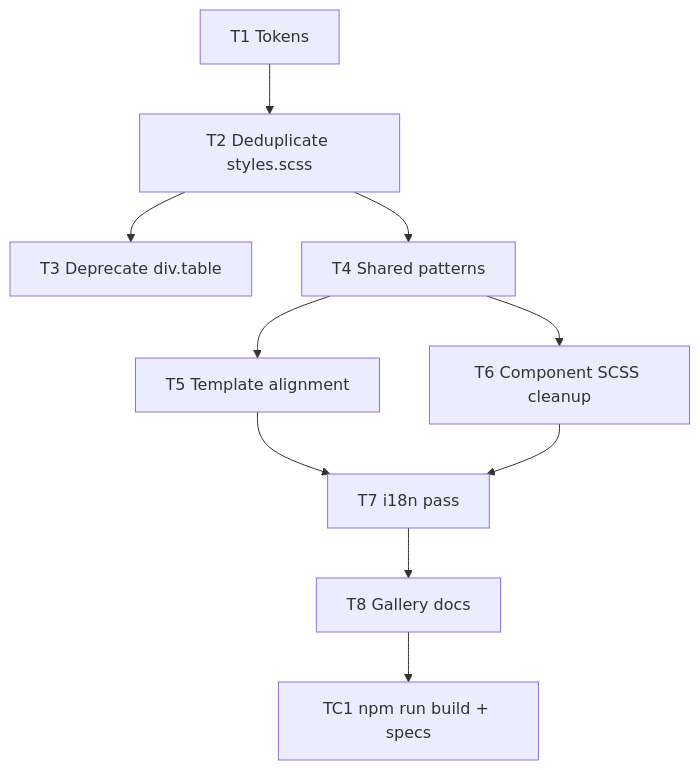
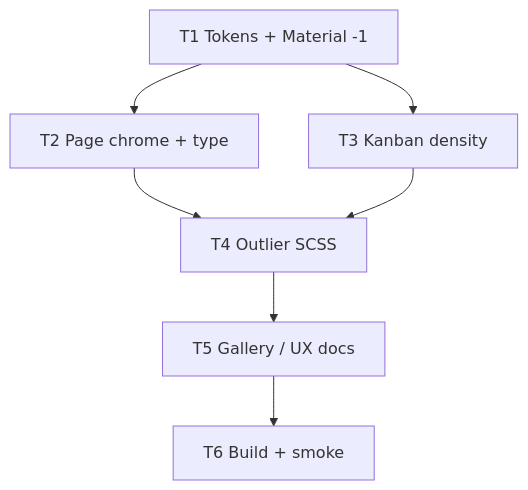
Before and after one commit to vepo/issues: the diagram in feature/ui-design-system.md, drawn with Mermaid. The commit also changed other lines of this file and 162 other files, not shown here.

````diff
--- a/feature/ui-design-system.md
+++ b/feature/ui-design-system.md
@@ -274,12 +427,9 @@
 ```mermaid
 flowchart TD
-  T1[T1 Tokens] --> T2[T2 Deduplicate styles.scss]
-  T2 --> T3[T3 Deprecate div.table]
-  T2 --> T4[T4 Shared patterns]
-  T4 --> T5[T5 Template alignment]
-  T4 --> T6[T6 Component SCSS cleanup]
-  T5 --> T7[T7 i18n pass]
-  T6 --> T7
-  T7 --> T8[T8 Gallery docs]
-  T8 --> TC[TC1 npm run build + specs]
+  T1[T1 Tokens + Material -1] --> T2[T2 Page chrome + type]
+  T1 --> T3[T3 Kanban density]
+  T2 --> T4[T4 Outlier SCSS]
+  T3 --> T4
+  T4 --> T5[T5 Gallery / UX docs]
+  T5 --> T6[T6 Build + smoke]
 ```
````
